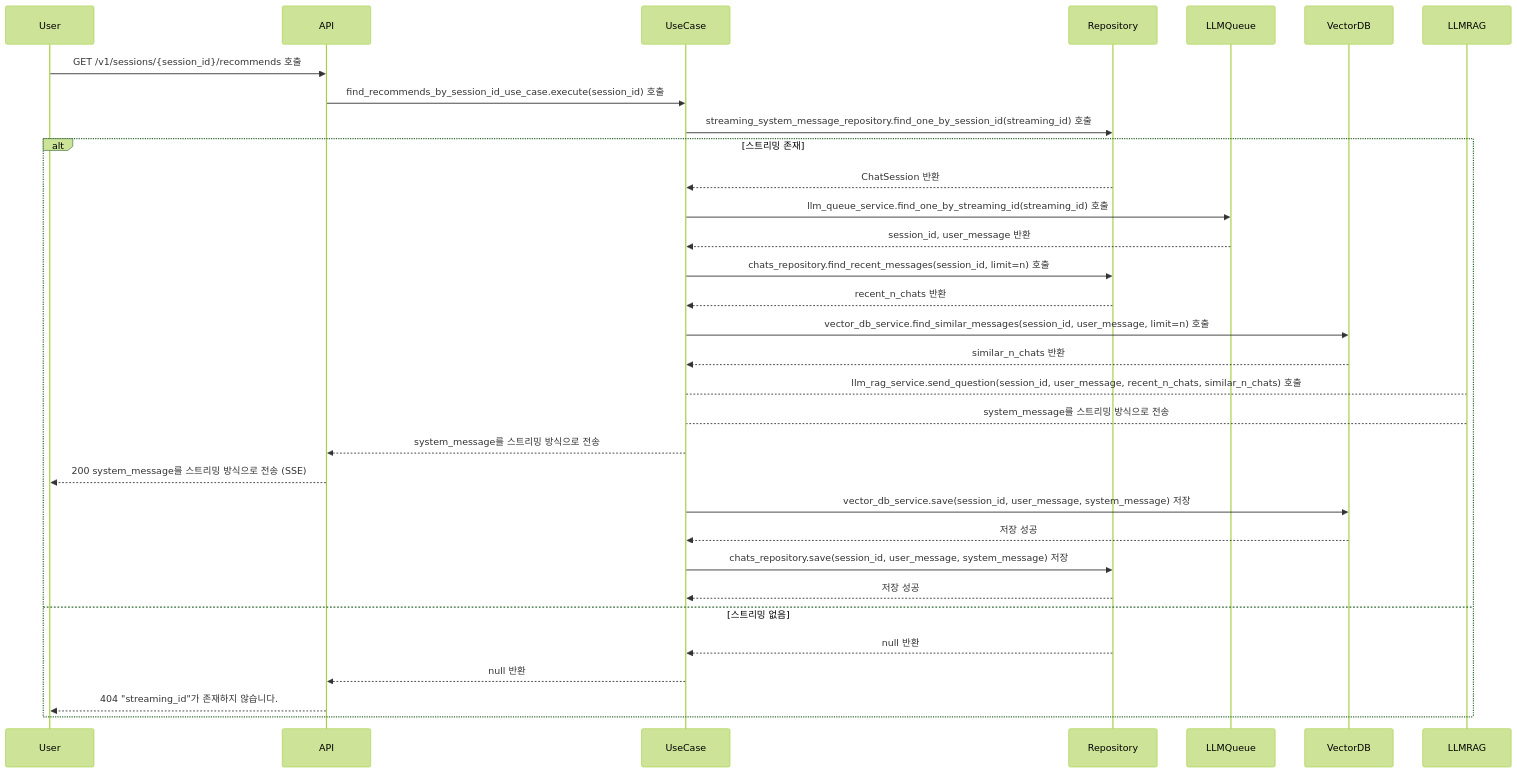
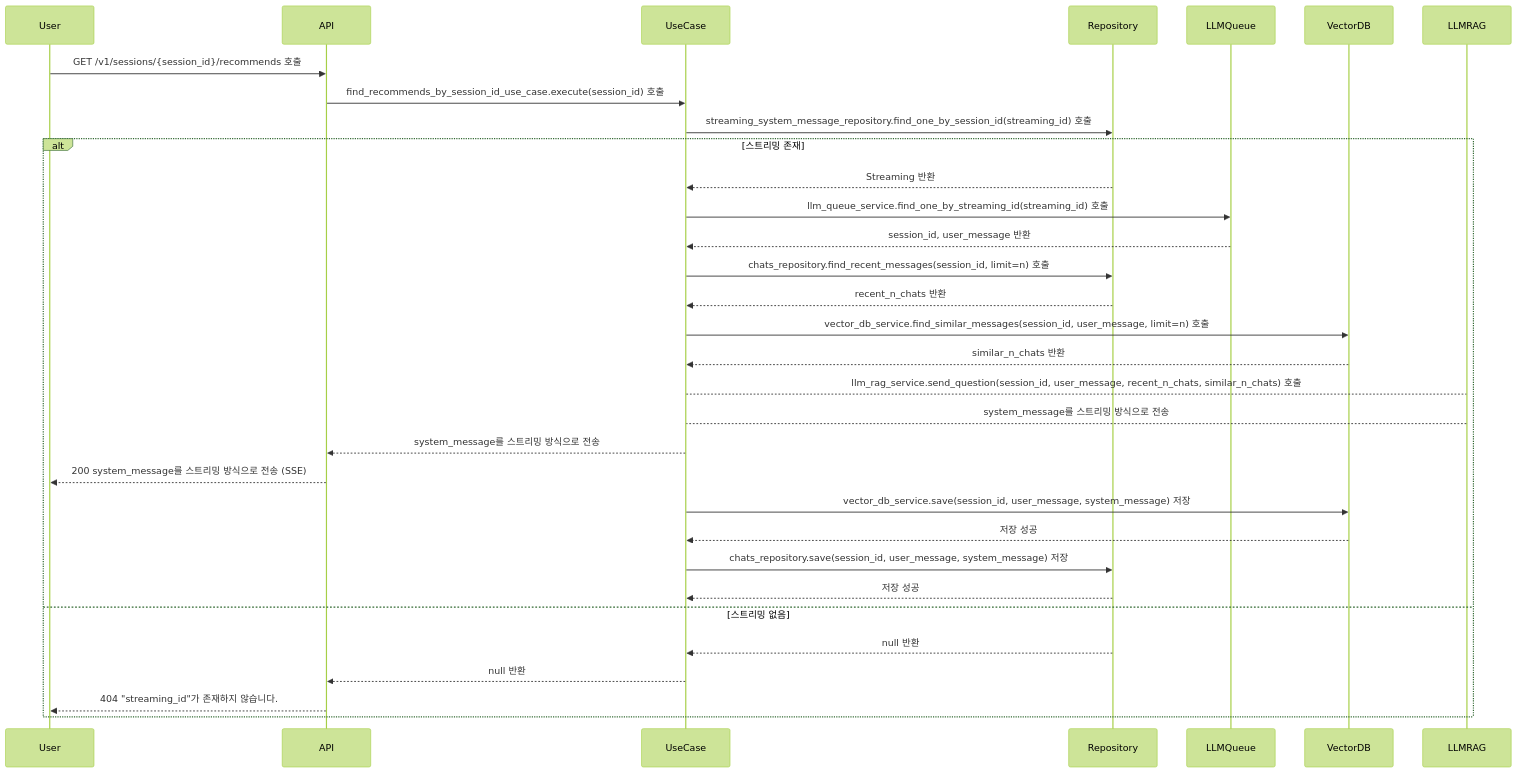
Before and after one commit to JeHwanYoo/naver-smart-store-rag-chatbot: the fourth of 5 diagrams in README.md, drawn with Mermaid (forest theme). The commit also changed other lines of this file, not shown here.

First line of the commit message:
🐛fix(README): 시퀀스 다이어그램 설계 미스 수정

````diff
--- a/README.md
+++ b/README.md
@@ -263,27 +263,27 @@
 ```mermaid
 sequenceDiagram
     User ->> API: GET /v1/sessions/{session_id}/recommends 호출
     API ->> UseCase: find_recommends_by_session_id_use_case.execute(session_id) 호출
     UseCase ->> Repository: streaming_system_message_repository.find_one_by_session_id(streaming_id) 호출
     alt 스트리밍 존재
-        Repository -->> UseCase: ChatSession 반환
+        Repository -->> UseCase: Streaming 반환
         UseCase ->> LLMQueue: llm_queue_service.find_one_by_streaming_id(streaming_id) 호출
         LLMQueue -->> UseCase: session_id, user_message 반환
         UseCase ->> Repository: chats_repository.find_recent_messages(session_id, limit=n) 호출
         Repository -->> UseCase: recent_n_chats 반환
         UseCase ->> VectorDB: vector_db_service.find_similar_messages(session_id, user_message, limit=n) 호출
         VectorDB -->> UseCase: similar_n_chats 반환
         UseCase --> LLMRAG: llm_rag_service.send_question(session_id, user_message, recent_n_chats, similar_n_chats) 호출
         LLMRAG --> UseCase: system_message를 스트리밍 방식으로 전송
         UseCase -->> API: system_message를 스트리밍 방식으로 전송
         API -->> User: 200 system_message를 스트리밍 방식으로 전송 (SSE)
         UseCase ->> VectorDB: vector_db_service.save(session_id, user_message, system_message) 저장
         VectorDB -->> UseCase: 저장 성공
         UseCase ->> Repository: chats_repository.save(session_id, user_message, system_message) 저장
         Repository -->> UseCase: 저장 성공
     else 스트리밍 없음
         Repository -->> UseCase: null 반환
         UseCase -->> API: null 반환
         API -->> User: 404 "streaming_id"가 존재하지 않습니다.
     end
 ```
````
